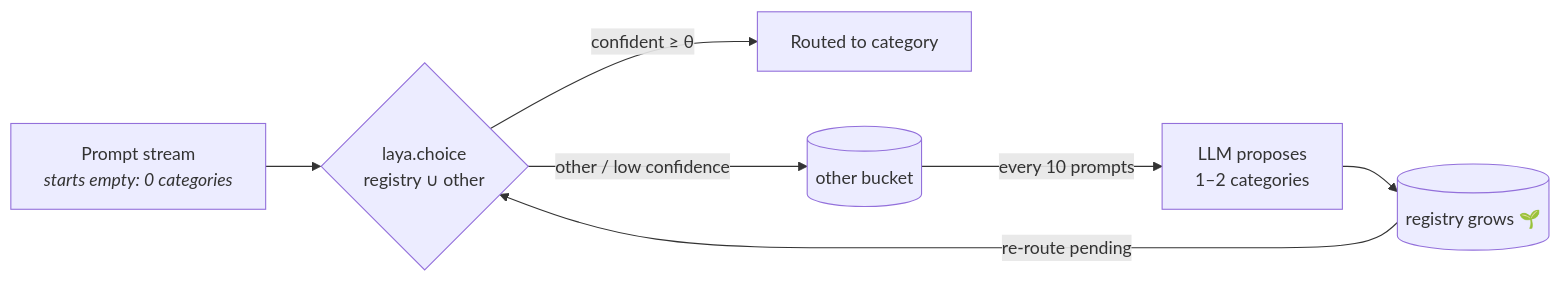
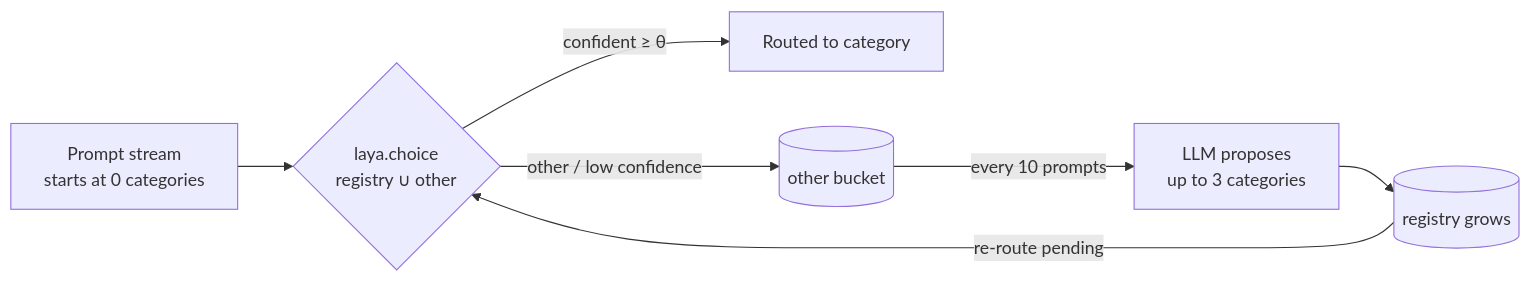
One commit to MiguelCarrascoB/laya-self-evolving-router changed the diagram in README.md. Above: the diagram before and after it, drawn with Mermaid. The commit also changed other lines of this file, not shown here.

````diff
--- a/README.md
+++ b/README.md
@@ -36,9 +13,9 @@
 ```mermaid
 flowchart LR
-    A["Prompt stream<br/><i>starts empty: 0 categories</i>"] --> B{"laya.choice<br/>registry ∪ other"}
+    A["Prompt stream<br/>starts at 0 categories"] --> B{"laya.choice<br/>registry ∪ other"}
     B -- "confident ≥ θ" --> C["Routed to category"]
     B -- "other / low confidence" --> D[("other bucket")]
-    D -- "every 10 prompts" --> E["LLM proposes<br/>1–2 categories"]
-    E --> F[("registry grows 🌱")]
+    D -- "every 10 prompts" --> E["LLM proposes<br/>up to 3 categories"]
+    E --> F[("registry grows")]
     F -- "re-route pending" --> B
 ```
````
